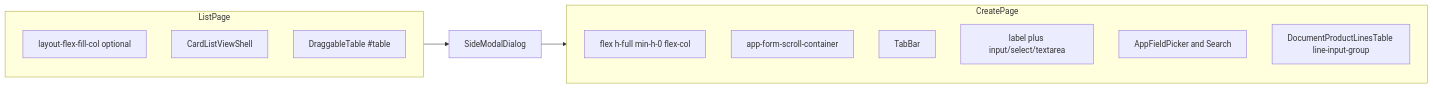
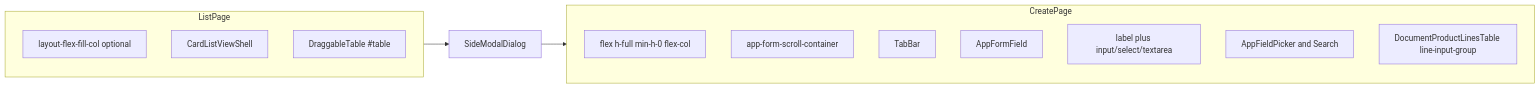
One commit to hasapchy/front changed the diagram in docs/UI_CSS_CLASSES.md. Above: the diagram before and after it, drawn with Mermaid. The commit also changed other lines of this file and 247 other files, not shown here.

````diff
--- a/docs/UI_CSS_CLASSES.md
+++ b/docs/UI_CSS_CLASSES.md
@@ -89,18 +128,19 @@
 ```mermaid
 flowchart LR
   subgraph listPage [ListPage]
     layoutCol[layout-flex-fill-col optional]
     cardShell[CardListViewShell]
     tableComp["DraggableTable #table"]
   end
   subgraph createPage [CreatePage]
     createRoot["flex h-full min-h-0 flex-col"]
     formScroll[app-form-scroll-container]
     tabBar[TabBar]
+    formFields[AppFormField]
     globalFields["label plus input/select/textarea"]
     pickerBlock[AppFieldPicker and Search]
     productLines[DocumentProductLinesTable line-input-group]
   end
   listPage --> sideModal[SideModalDialog]
   sideModal --> createPage
 ```
````
